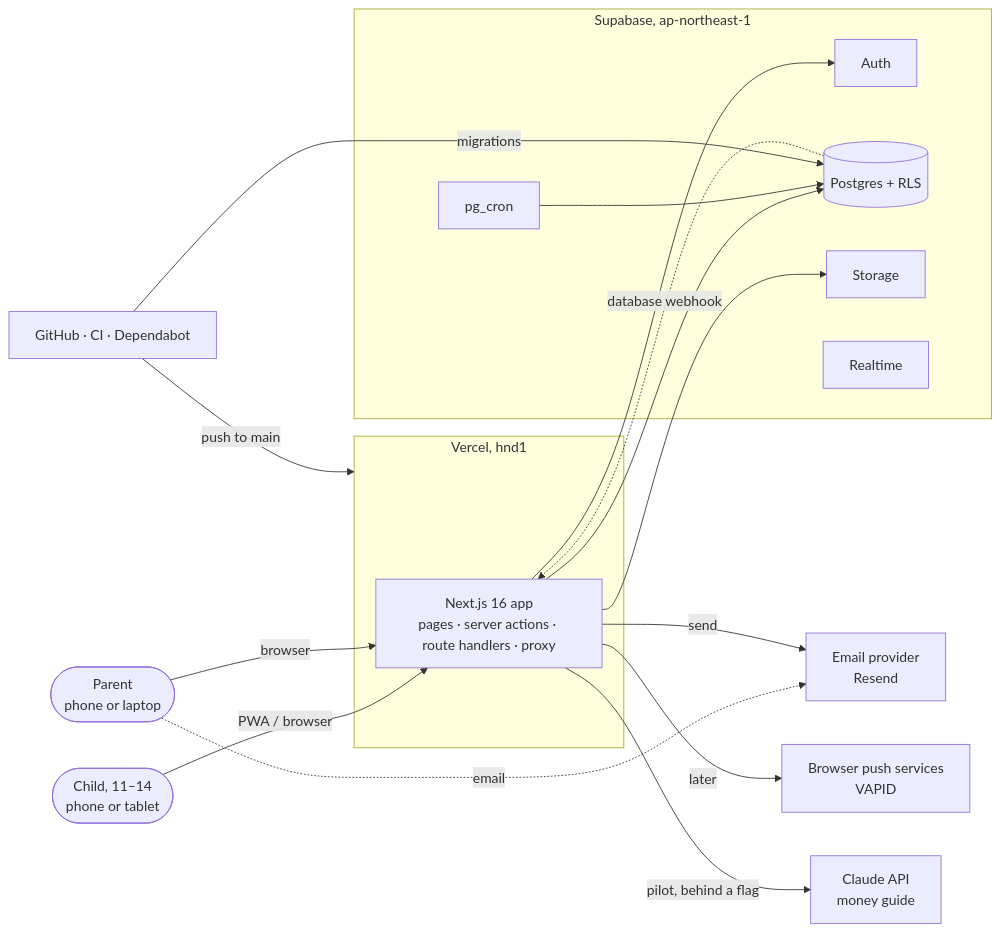
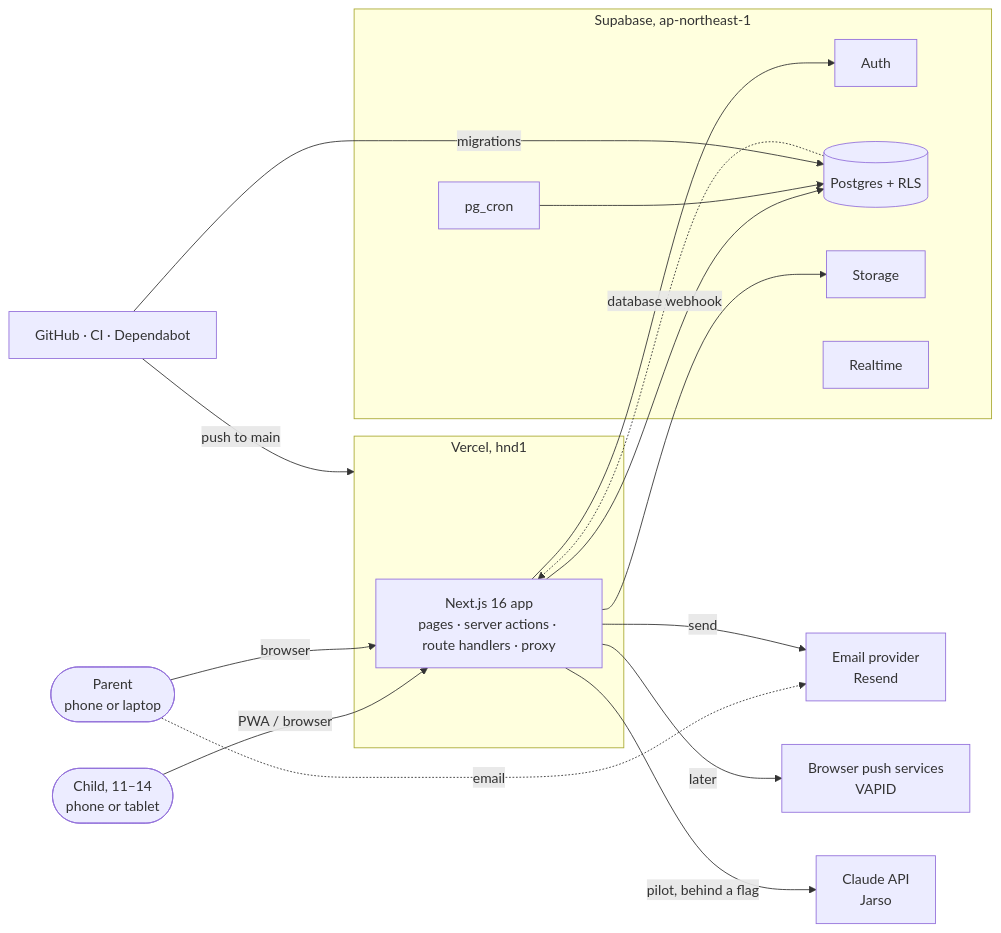
The first of 7 diagrams in docs/architecture.md (harisshakeel/Jarso), drawn with Mermaid before and after one commit. The commit also changed other lines of this file and 68 other files, not shown here.

First line of the commit message:
feat(guide): ask Jarso, an agent that reads the child's own data (#38)

````diff
--- a/docs/architecture.md
+++ b/docs/architecture.md
@@ -18,26 +18,26 @@
 ```mermaid
 flowchart LR
   child([Child, 11–14<br/>phone or tablet]) -->|PWA / browser| app
   parent([Parent<br/>phone or laptop]) -->|browser| app
   parent -. email .-> email
   subgraph vercel [Vercel, hnd1]
     app[Next.js 16 app<br/>pages · server actions · route handlers · proxy]
   end
   subgraph supabase [Supabase, ap-northeast-1]
     auth[Auth]
     db[(Postgres + RLS)]
     cron[pg_cron]
     storage[Storage]
     realtime[Realtime]
   end
   app --> auth
   app --> db
   app --> storage
   cron --> db
   db -. database webhook .-> app
   app -->|send| email[Email provider<br/>Resend]
   app -->|later| push[Browser push services<br/>VAPID]
-  app -->|pilot, behind a flag| claude[Claude API<br/>money guide]
+  app -->|pilot, behind a flag| claude[Claude API<br/>Jarso]
   github[GitHub · CI · Dependabot] -->|push to main| vercel
   github -->|migrations| db
 ```
````
